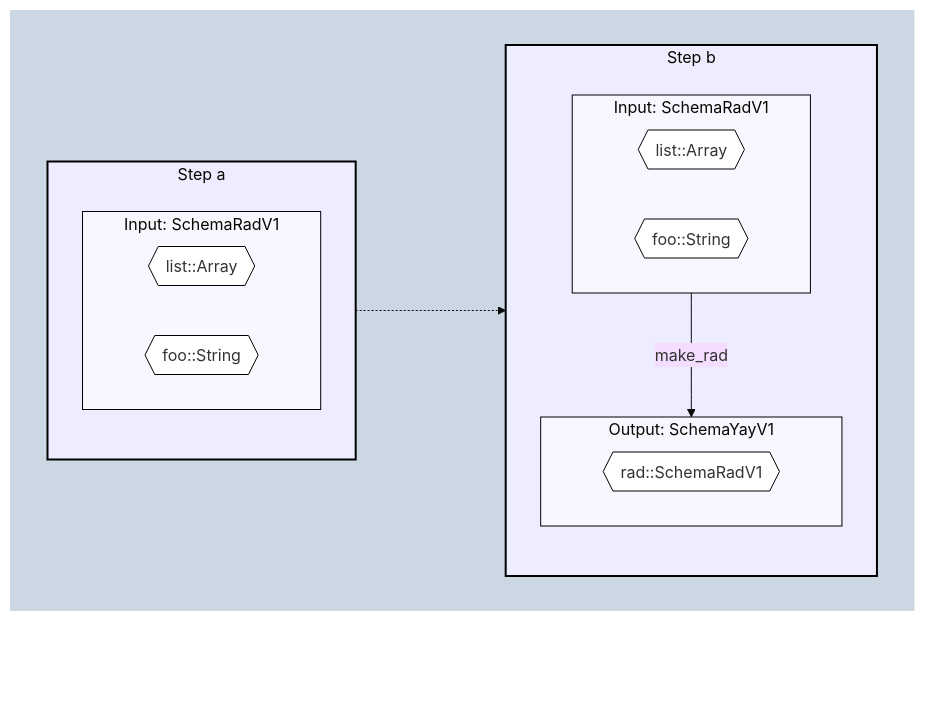
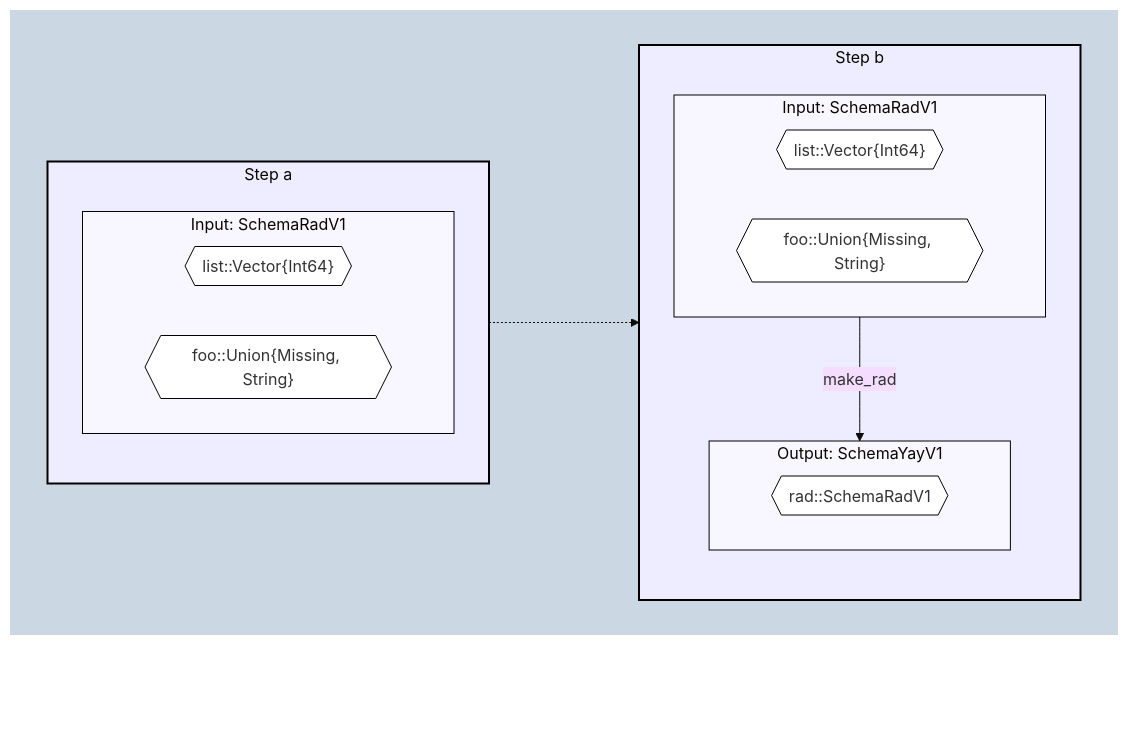
One commit to beacon-biosignals/TransformSpecifications.jl changed the diagram in test/reference_tests/mermaid_legolas.md. Above: the diagram before and after it, drawn with Mermaid (base theme). The commit also changed 6 other files, not shown here.

First line of the commit message:
Tweak type printing again for mermaid diagrams (#26)

````diff
--- a/test/reference_tests/mermaid_legolas.md
+++ b/test/reference_tests/mermaid_legolas.md
@@ -1,46 +1,46 @@
 ```mermaid
 flowchart
 
 %% Define steps (nodes)
 subgraph OUTERLEVEL["` `"]
 direction LR
 subgraph STEP_A[Step a]
   direction TB
   subgraph STEP_A_InputSchema[Input: SchemaRadV1]
     direction RL
-    STEP_A_InputSchemalist{{"list::Array"}}
+    STEP_A_InputSchemalist{{"list::Vector{Int64}"}}
     class STEP_A_InputSchemalist classSpecField
-    STEP_A_InputSchemafoo{{"foo::String"}}
+    STEP_A_InputSchemafoo{{"foo::Union{Missing, String}"}}
     class STEP_A_InputSchemafoo classSpecField
   end
   class STEP_A_InputSchema classSpec
 end
 subgraph STEP_B[Step b]
   direction TB
   subgraph STEP_B_InputSchema[Input: SchemaRadV1]
     direction RL
-    STEP_B_InputSchemalist{{"list::Array"}}
+    STEP_B_InputSchemalist{{"list::Vector{Int64}"}}
     class STEP_B_InputSchemalist classSpecField
-    STEP_B_InputSchemafoo{{"foo::String"}}
+    STEP_B_InputSchemafoo{{"foo::Union{Missing, String}"}}
     class STEP_B_InputSchemafoo classSpecField
   end
   subgraph STEP_B_OutputSchema[Output: SchemaYayV1]
     direction RL
     STEP_B_OutputSchemarad{{"rad::SchemaRadV1"}}
     class STEP_B_OutputSchemarad classSpecField
   end
   STEP_B_InputSchema:::classSpec -- make_rad --> STEP_B_OutputSchema:::classSpec
 end
 
 %% Link steps (edges)
 STEP_A:::classStep -..-> STEP_B:::classStep
 
 end
 OUTERLEVEL:::classOuter ~~~ OUTERLEVEL:::classOuter
 
 %% Styling definitions
 classDef classOuter fill:#cbd7e2,stroke:#000,stroke-width:0px;
 classDef classStep fill:#eeedff,stroke:#000,stroke-width:2px;
 classDef classSpec fill:#f8f7ff,stroke:#000,stroke-width:1px;
 classDef classSpecField fill:#fff,stroke:#000,stroke-width:1px;
 ```
````
